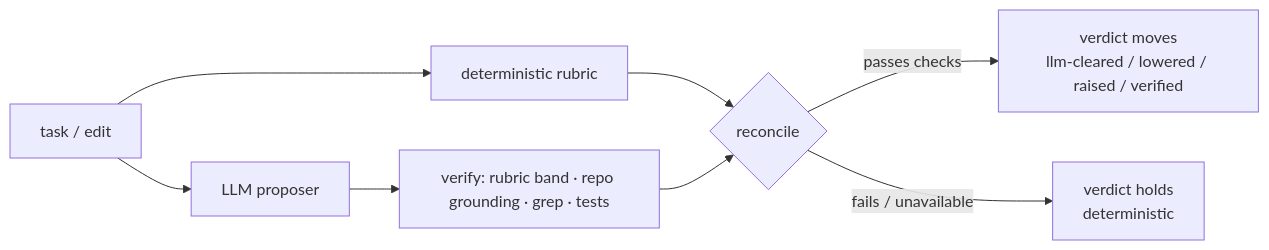
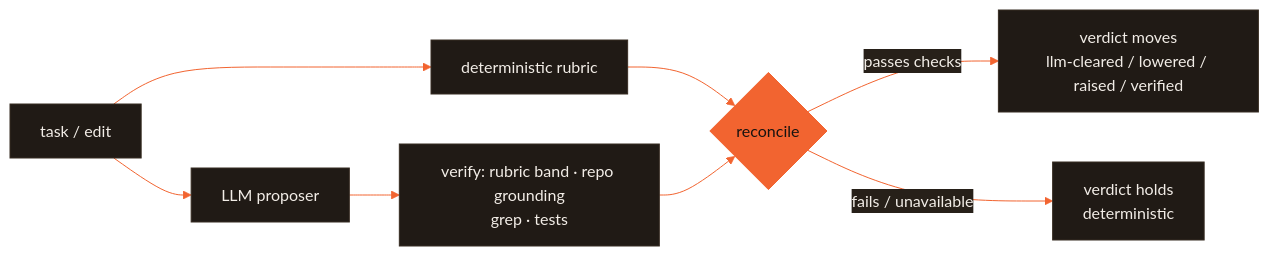
One commit to CodeWithJuber/forgekit changed the diagram in docs/cognitive-substrate/README.md. Above: the diagram before and after it, drawn with Mermaid. The commit also changed other lines of this file and 19 other files, not shown here.

Commit message:
feat(release,docs,ui): auto-release on merge + self-enforcing docs/diagram/UI guards

````diff
--- a/docs/cognitive-substrate/README.md
+++ b/docs/cognitive-substrate/README.md
@@ -181,10 +181,13 @@
 ```mermaid
+%%{init: {'theme':'base','themeVariables':{'primaryColor':'#201a15','primaryTextColor':'#f2ede7','primaryBorderColor':'#372c22','lineColor':'#f26430','secondaryColor':'#272019','tertiaryColor':'#171310','fontFamily':'ui-sans-serif, system-ui, sans-serif'}}}%%
 flowchart LR
-    T[task / edit] --> R[deterministic rubric]
-    T --> P[LLM proposer]
+    T["task / edit"] --> R["deterministic rubric"]
+    T --> P["LLM proposer"]
     R --> C{reconcile}
-    P --> V[verify: rubric band · repo grounding · grep · tests]
+    P --> V["verify: rubric band · repo grounding<br/>grep · tests"]
     V --> C
-    C -->|passes checks| M[verdict moves\nllm-cleared / lowered / raised / verified]
-    C -->|fails / unavailable| D[verdict holds\ndeterministic]
+    C -->|passes checks| M["verdict moves<br/>llm-cleared / lowered / raised / verified"]
+    C -->|fails / unavailable| D["verdict holds<br/>deterministic"]
+    classDef accent fill:#f26430,stroke:#f26430,color:#171310;
+    class C accent;
 ```
````
